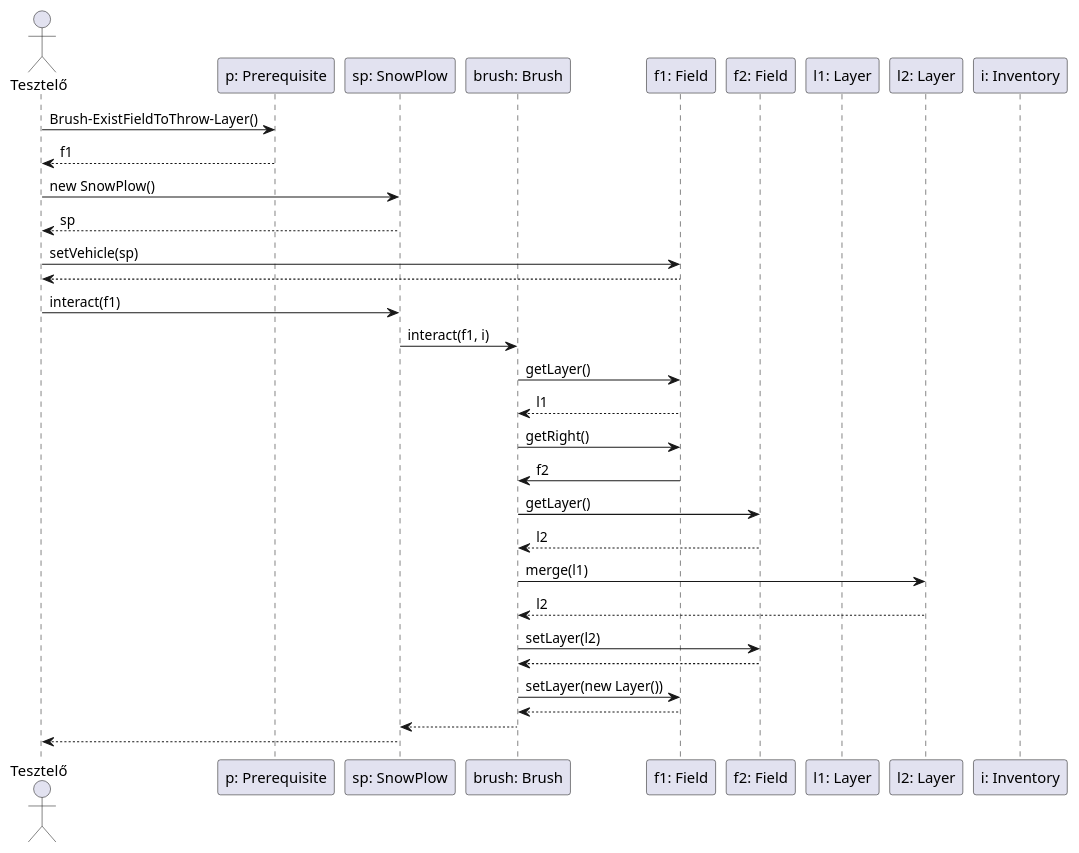
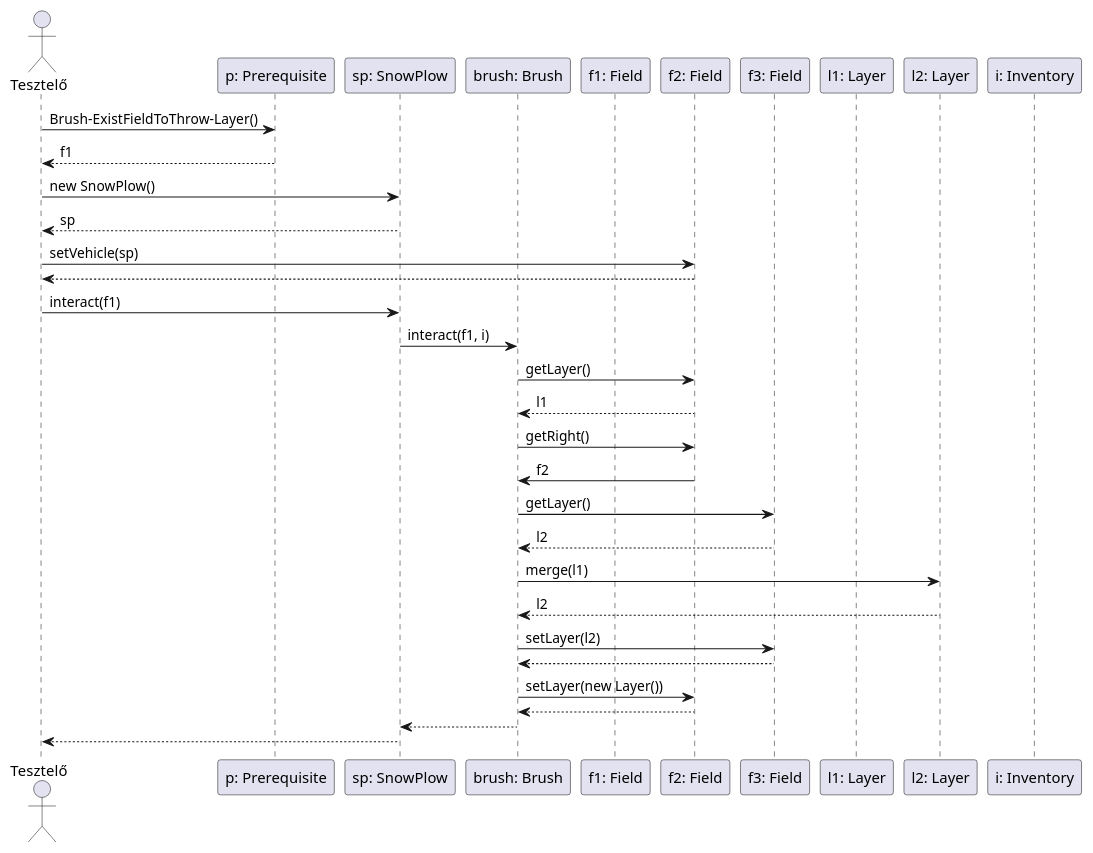
One commit to uhrinandor/spring changed the diagram in docs/skeleton/BrushExistField/BrushExistFieldToThrow-Layer.plantuml. Above: the diagram before and after it, drawn with PlantUML. The commit also changed 12 other files, not shown here.

```diff
--- a/docs/skeleton/BrushExistField/BrushExistFieldToThrow-Layer.plantuml
+++ b/docs/skeleton/BrushExistField/BrushExistFieldToThrow-Layer.plantuml
@@ -1,37 +1,38 @@
 @startuml
 actor "Tesztelő" as tester
 participant "p: Prerequisite" as preq
 participant "sp: SnowPlow" as SnowP
 participant "brush: Brush" as Brush
-participant "f1: Field" as f1
-participant "f2: Field" as f2
+participant "f1: Field" as f3
+participant "f2: Field" as f1
+participant "f3: Field" as f2
 participant "l1: Layer" as l1
 participant "l2: Layer" as l2
 participant "i: Inventory" as i
 
 
 
 tester -> preq: Brush-ExistFieldToThrow-Layer()
 preq --> tester: f1
 tester -> SnowP: new SnowPlow()
 SnowP --> tester: sp
 tester -> f1: setVehicle(sp)
 f1 --> tester
 tester -> SnowP: interact(f1)
 SnowP -> Brush: interact(f1, i)
 Brush -> f1: getLayer()
 f1 --> Brush: l1
 Brush -> f1: getRight()
 f1 -> Brush: f2
 Brush -> f2: getLayer()
 f2 --> Brush: l2
 Brush -> l2: merge(l1)
 l2 --> Brush: l2
 Brush -> f2: setLayer(l2)
 f2 --> Brush
 Brush -> f1: setLayer(new Layer())
 f1 --> Brush
 Brush --> SnowP 
 SnowP --> tester
 
 @enduml
```
